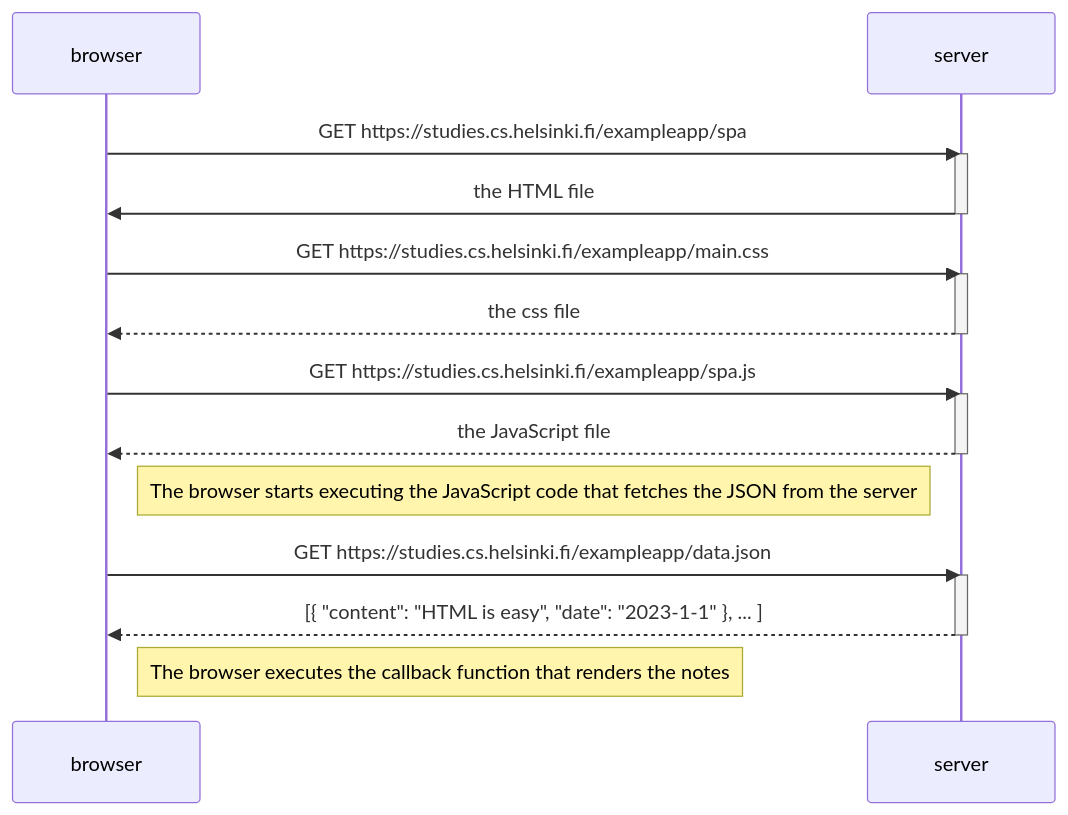
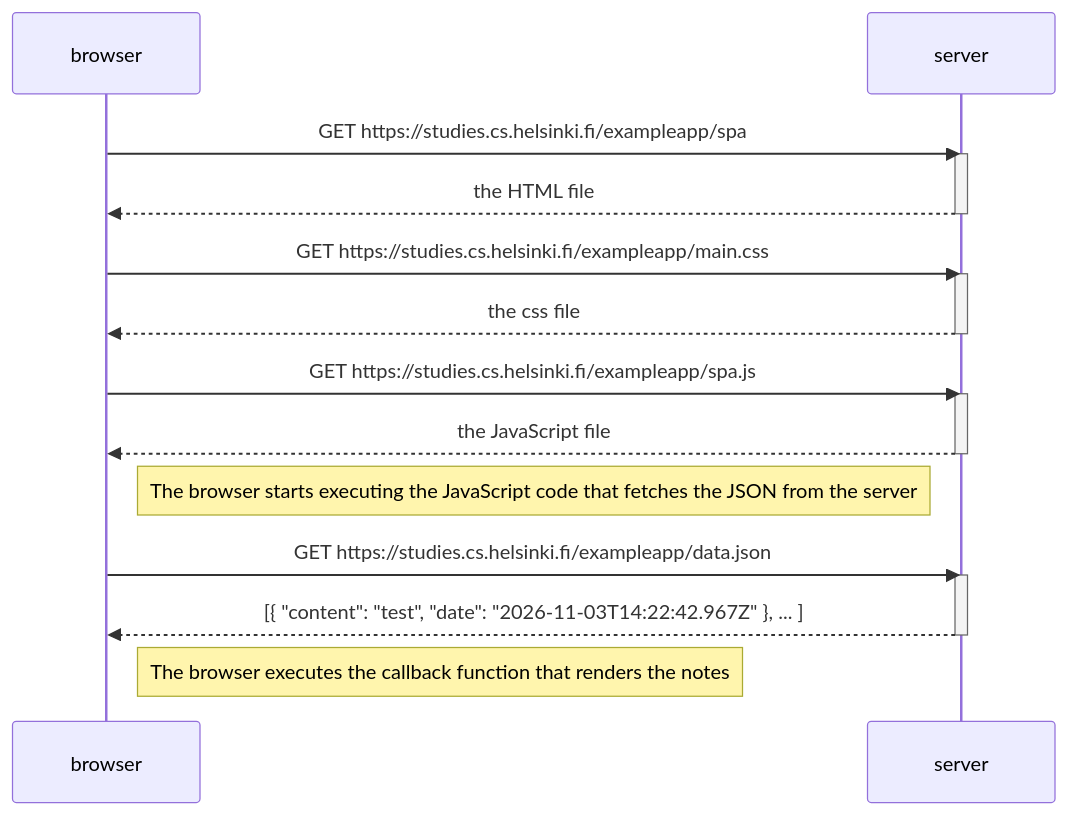
Before and after one commit to ilta/fullstackopen: the diagram in part0/ex_0.5.md, drawn with Mermaid. The commit also changed 2 other files, not shown here.

Commit message:
Minor changes to ex 0.4–0.6

````diff
--- a/part0/ex_0.5.md
+++ b/part0/ex_0.5.md
@@ -3,29 +3,29 @@
 ```mermaid
 sequenceDiagram
     participant browser
     participant server
 
     browser->>server: GET https://studies.cs.helsinki.fi/exampleapp/spa
     activate server
-    server->>browser: the HTML file
+    server-->>browser: the HTML file
     deactivate server
 
     browser->>server: GET https://studies.cs.helsinki.fi/exampleapp/main.css
     activate server
     server-->>browser: the css file
     deactivate server
 
     browser->>server: GET https://studies.cs.helsinki.fi/exampleapp/spa.js
     activate server
     server-->>browser: the JavaScript file
     deactivate server
 
     Note right of browser: The browser starts executing the JavaScript code that fetches the JSON from the server
 
     browser->>server: GET https://studies.cs.helsinki.fi/exampleapp/data.json
     activate server
-    server-->>browser: [{ "content": "HTML is easy", "date": "2023-1-1" }, ... ]
+    server-->>browser: [{ "content": "test", "date": "2026-11-03T14:22:42.967Z" }, ... ]
     deactivate server
 
     Note right of browser: The browser executes the callback function that renders the notes
 ```
````
